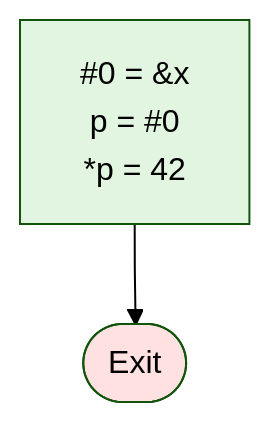
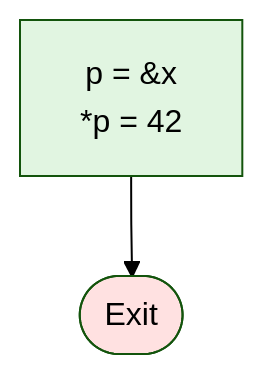
The diagram in mermaid_outputs/test6_pointer.md (cny123222/Control-Flow-Graph-Generation-for-WhileD-Language), drawn with Mermaid (forest theme) before and after one commit. The commit also changed other lines of this file and 5 other files, not shown here.

````diff
--- a/mermaid_outputs/test6_pointer.md
+++ b/mermaid_outputs/test6_pointer.md
@@ -7,9 +7,9 @@
 ```mermaid
 flowchart TD
-    B0["#0 = &amp;x<br/>p = #0<br/>*p = 42"]
+    B0["p = &amp;x<br/>*p = 42"]
 
     B0 --> Exit([Exit])
 
     style B0 fill:#e1f5e1
     style Exit fill:#ffe1e1
 ```
````
